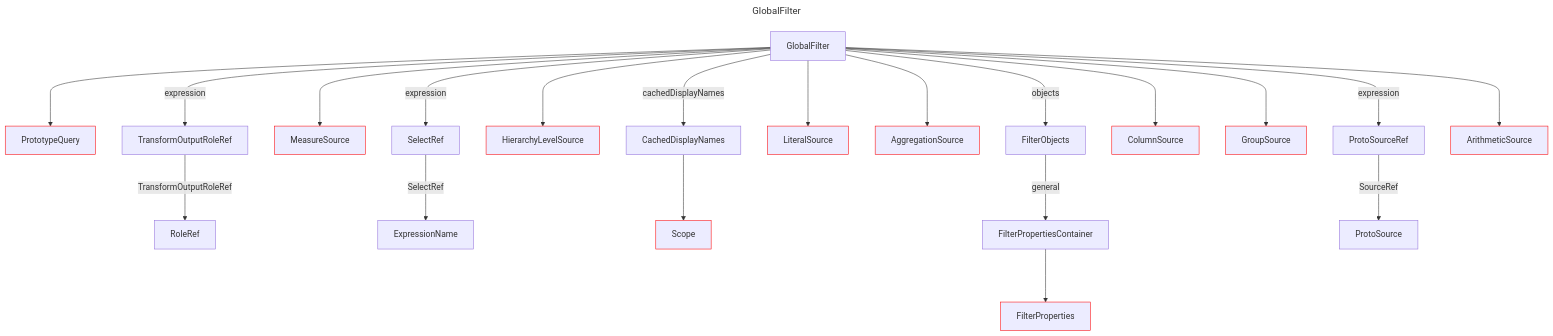
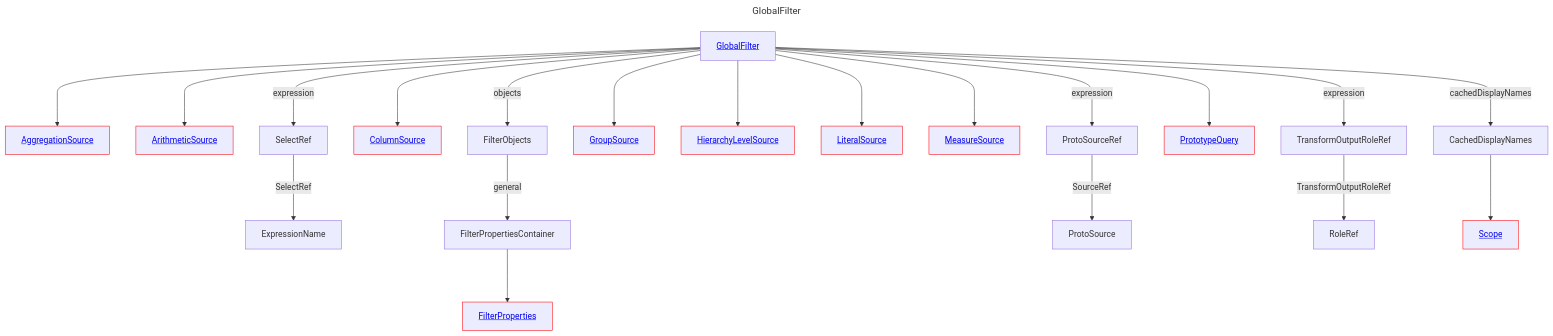
One commit to douglassimonsen/pbi_core changed the diagram in docs/docs/layout/erd/GlobalFilter.md. Above: the diagram before and after it, drawn with Mermaid. The commit also changed 76 other files, not shown here.

````diff
--- a/docs/docs/layout/erd/GlobalFilter.md
+++ b/docs/docs/layout/erd/GlobalFilter.md
@@ -1,55 +1,55 @@
 ```mermaid
 ---
 title: GlobalFilter
 ---
 graph 
-2430071820688["RoleRef"]
-2430071951472["PrototypeQuery"]
-style 2430071951472 stroke:#ff0000,stroke-width:1px
-2430071814832["TransformOutputRoleRef"]
-2430071366800["ExpressionName"]
-2430071359968["MeasureSource"]
-style 2430071359968 stroke:#ff0000,stroke-width:1px
-2430071356064["SelectRef"]
-2430071363872["HierarchyLevelSource"]
-style 2430071363872 stroke:#ff0000,stroke-width:1px
-2430071944640["FilterObjects"]
-2430071816784["LiteralSource"]
-style 2430071816784 stroke:#ff0000,stroke-width:1px
-2430071960256["Scope"]
-style 2430071960256 stroke:#ff0000,stroke-width:1px
-2430071358016["AggregationSource"]
-style 2430071358016 stroke:#ff0000,stroke-width:1px
-2430071933904["FilterPropertiesContainer"]
-2430071825568["ProtoSourceRef"]
-2430071365824["ColumnSource"]
-style 2430071365824 stroke:#ff0000,stroke-width:1px
-2430071754320["GlobalFilter"]
-2430071808976["GroupSource"]
-style 2430071808976 stroke:#ff0000,stroke-width:1px
-2430071819712["ProtoSource"]
-2430071973920["CachedDisplayNames"]
-2430071915360["FilterProperties"]
-style 2430071915360 stroke:#ff0000,stroke-width:1px
-2430071382416["ArithmeticSource"]
-style 2430071382416 stroke:#ff0000,stroke-width:1px
-2430071754320 ---> 2430071382416
-2430071933904 ---> 2430071915360
-2430071754320 ---> 2430071951472
-2430071754320 ---> 2430071365824
-2430071754320 --->|expression| 2430071356064
-2430071754320 ---> 2430071363872
-2430071825568 --->|SourceRef| 2430071819712
-2430071754320 --->|expression| 2430071814832
-2430071754320 --->|expression| 2430071825568
-2430071754320 --->|objects| 2430071944640
-2430071814832 --->|TransformOutputRoleRef| 2430071820688
-2430071944640 --->|general| 2430071933904
-2430071754320 ---> 2430071808976
-2430071973920 ---> 2430071960256
-2430071754320 ---> 2430071358016
-2430071356064 --->|SelectRef| 2430071366800
-2430071754320 --->|cachedDisplayNames| 2430071973920
-2430071754320 ---> 2430071359968
-2430071754320 ---> 2430071816784
+AggregationSource[<a href='/layout/erd/AggregationSource'>AggregationSource</a>]
+style AggregationSource stroke:#ff0000,stroke-width:1px
+ArithmeticSource[<a href='/layout/erd/ArithmeticSource'>ArithmeticSource</a>]
+style ArithmeticSource stroke:#ff0000,stroke-width:1px
+CachedDisplayNames[CachedDisplayNames]
+ColumnSource[<a href='/layout/erd/ColumnSource'>ColumnSource</a>]
+style ColumnSource stroke:#ff0000,stroke-width:1px
+ExpressionName[ExpressionName]
+FilterObjects[FilterObjects]
+FilterProperties[<a href='/layout/erd/FilterProperties'>FilterProperties</a>]
+style FilterProperties stroke:#ff0000,stroke-width:1px
+FilterPropertiesContainer[FilterPropertiesContainer]
+GlobalFilter[<a href='/layout/erd/GlobalFilter'>GlobalFilter</a>]
+GroupSource[<a href='/layout/erd/GroupSource'>GroupSource</a>]
+style GroupSource stroke:#ff0000,stroke-width:1px
+HierarchyLevelSource[<a href='/layout/erd/HierarchyLevelSource'>HierarchyLevelSource</a>]
+style HierarchyLevelSource stroke:#ff0000,stroke-width:1px
+LiteralSource[<a href='/layout/erd/LiteralSource'>LiteralSource</a>]
+style LiteralSource stroke:#ff0000,stroke-width:1px
+MeasureSource[<a href='/layout/erd/MeasureSource'>MeasureSource</a>]
+style MeasureSource stroke:#ff0000,stroke-width:1px
+ProtoSource[ProtoSource]
+ProtoSourceRef[ProtoSourceRef]
+PrototypeQuery[<a href='/layout/erd/PrototypeQuery'>PrototypeQuery</a>]
+style PrototypeQuery stroke:#ff0000,stroke-width:1px
+RoleRef[RoleRef]
+Scope[<a href='/layout/erd/Scope'>Scope</a>]
+style Scope stroke:#ff0000,stroke-width:1px
+SelectRef[SelectRef]
+TransformOutputRoleRef[TransformOutputRoleRef]
+FilterPropertiesContainer ---> FilterProperties
+GlobalFilter --->|expression| TransformOutputRoleRef
+ProtoSourceRef --->|SourceRef| ProtoSource
+CachedDisplayNames ---> Scope
+GlobalFilter ---> ArithmeticSource
+GlobalFilter ---> AggregationSource
+GlobalFilter --->|expression| ProtoSourceRef
+GlobalFilter ---> LiteralSource
+TransformOutputRoleRef --->|TransformOutputRoleRef| RoleRef
+GlobalFilter --->|objects| FilterObjects
+GlobalFilter ---> PrototypeQuery
+SelectRef --->|SelectRef| ExpressionName
+GlobalFilter --->|expression| SelectRef
+GlobalFilter --->|cachedDisplayNames| CachedDisplayNames
+GlobalFilter ---> HierarchyLevelSource
+GlobalFilter ---> ColumnSource
+GlobalFilter ---> GroupSource
+FilterObjects --->|general| FilterPropertiesContainer
+GlobalFilter ---> MeasureSource
 ```
````
